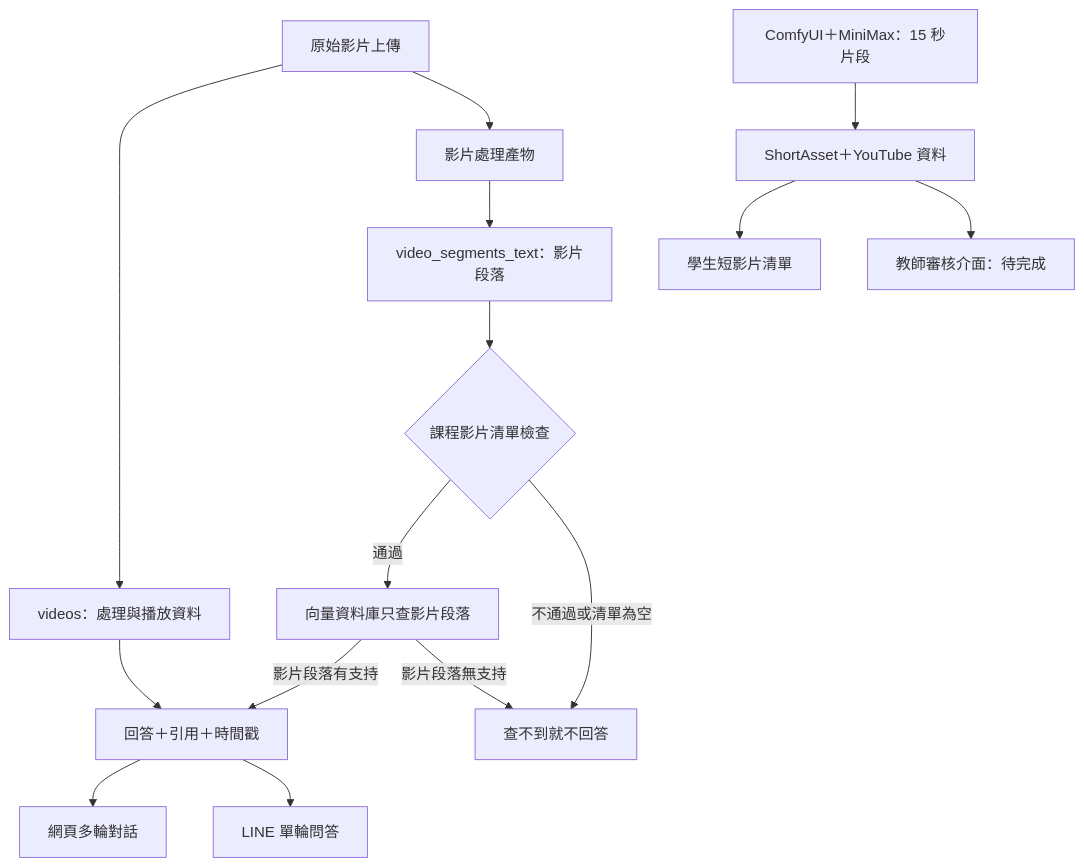
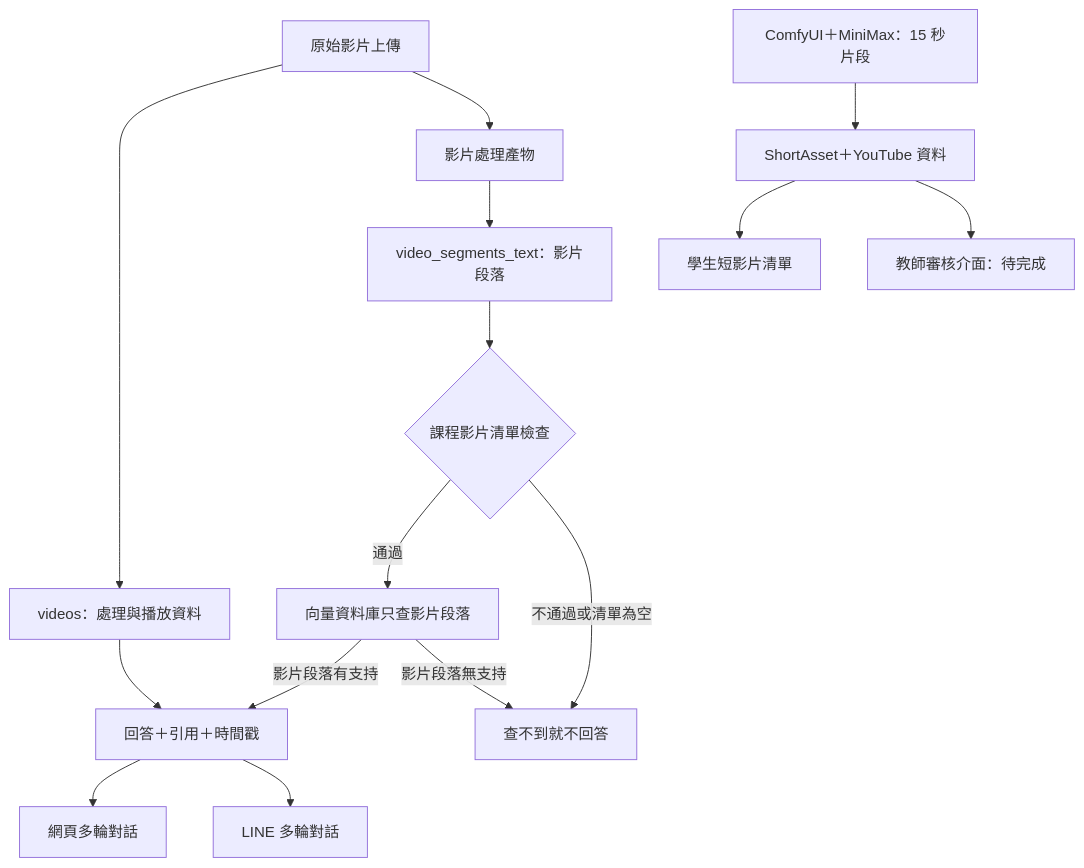
The first of 2 diagrams in docs/2026-09_Student_Pilot_Backend_Spec.md (11246084/focusflow), drawn with Mermaid before and after one commit. The commit also changed other lines of this file, not shown here.

````diff
--- a/docs/2026-09_Student_Pilot_Backend_Spec.md
+++ b/docs/2026-09_Student_Pilot_Backend_Spec.md
@@ -138,17 +142,17 @@
 ```mermaid
 flowchart TD
   A[原始影片上傳] --> B[videos：處理與播放資料]
   A --> C[影片處理產物]
   C --> D[video_segments_text：影片段落]
   D --> M{課程影片清單檢查}
   M -->|通過| E[向量資料庫只查影片段落]
   M -->|不通過或清單為空| N[查不到就不回答]
   E -->|影片段落有支持| F[回答＋引用＋時間戳]
   E -->|影片段落無支持| N
   B --> F
   F --> G[網頁多輪對話]
-  F --> H[LINE 單輪問答]
+  F --> H[LINE 多輪對話]
   I[ComfyUI＋MiniMax：15 秒片段] --> J[ShortAsset＋YouTube 資料]
   J --> K[學生短影片清單]
   J --> L[教師審核介面：待完成]
 ```
````
